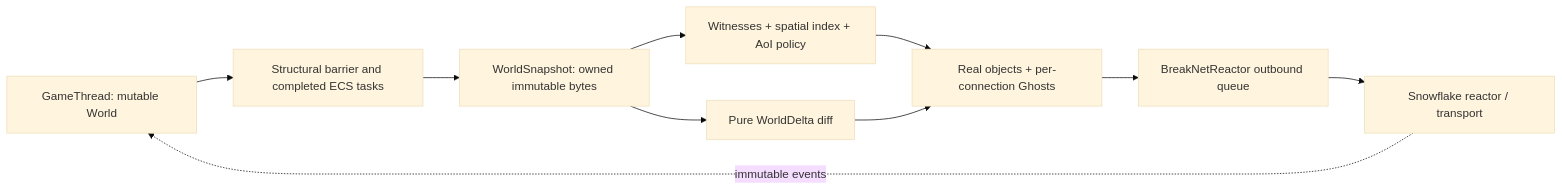
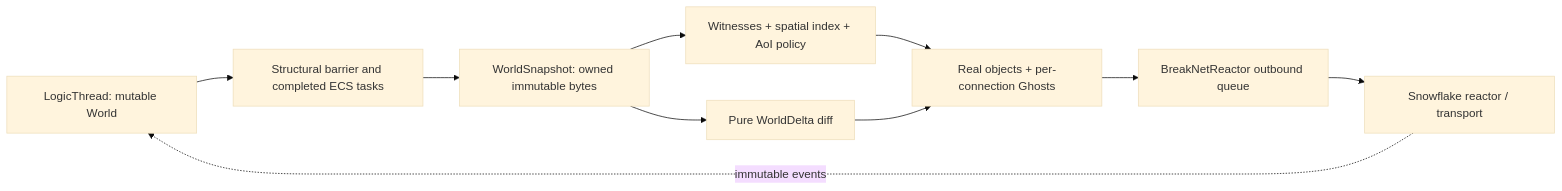
Before and after one commit to konyka/break: the first of 4 diagrams in docs/design/ecs_snapshot_replication_aoi.md, drawn with Mermaid (base theme). The commit also changed other lines of this file and 95 other files, not shown here.

````diff
--- a/docs/design/ecs_snapshot_replication_aoi.md
+++ b/docs/design/ecs_snapshot_replication_aoi.md
@@ -25,18 +25,18 @@
 ```mermaid
 flowchart LR
-    GT[GameThread: mutable World]
+    GT[LogicThread: mutable World]
     B[Structural barrier and completed ECS tasks]
     S[WorldSnapshot: owned immutable bytes]
     D[Pure WorldDelta diff]
     A[Witnesses + spatial index + AoI policy]
     R[Real objects + per-connection Ghosts]
     Q[BreakNetReactor outbound queue]
     N[Snowflake reactor / transport]
     GT --> B --> S
     S --> D
     S --> A
     A --> R
     D --> R
     R --> Q --> N
     N -. immutable events .-> GT
 ```
````
